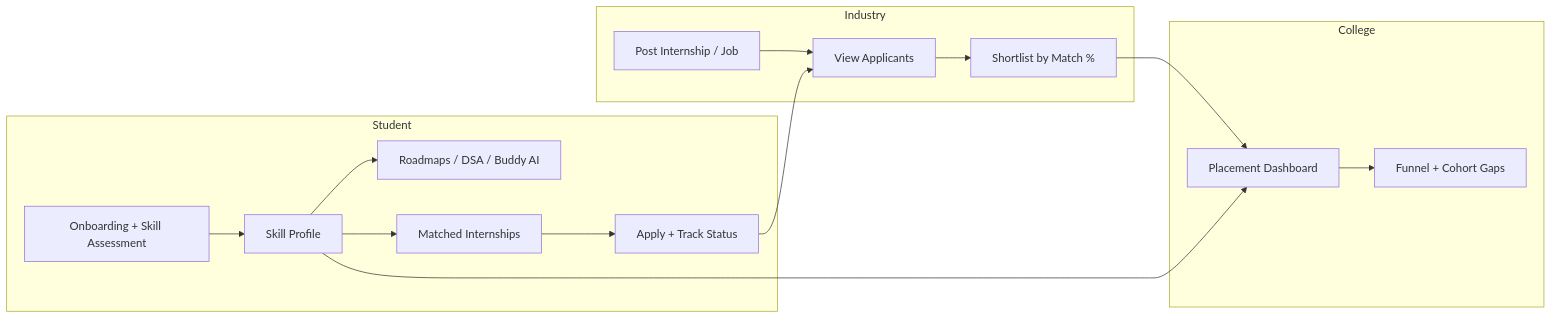
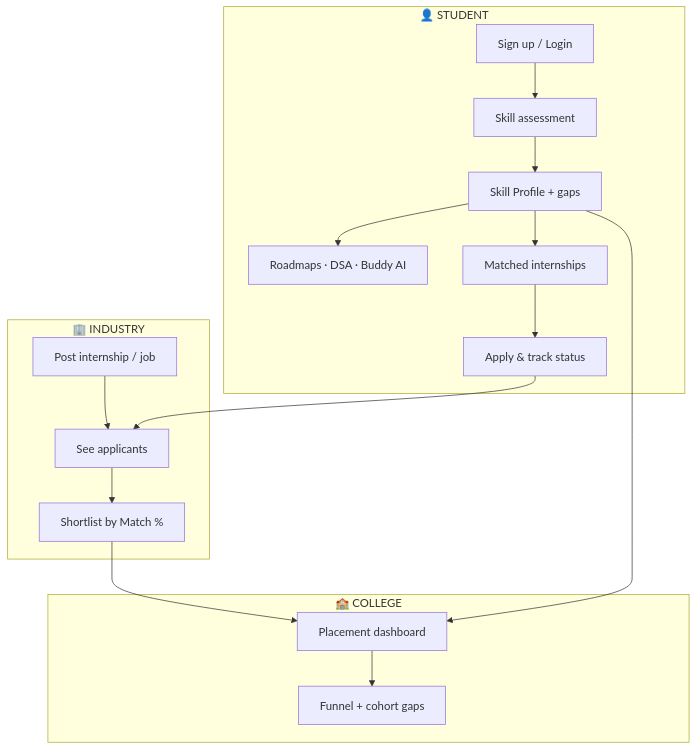
The first of 5 diagrams in README.md (Deepesh-22/eduroute), drawn with Mermaid before and after one commit. The commit also changed other lines of this file, not shown here.

````diff
--- a/README.md
+++ b/README.md
@@ -34,20 +50,23 @@
 ```mermaid
-flowchart LR
-  subgraph Student
-    A[Onboarding + Skill Assessment] --> B[Skill Profile]
-    B --> C[Roadmaps / DSA / Buddy AI]
-    B --> D[Matched Internships]
-    D --> E[Apply + Track Status]
+flowchart TB
+  subgraph S["👤 STUDENT"]
+    S1[Sign up / Login] --> S2[Skill assessment]
+    S2 --> S3[Skill Profile + gaps]
+    S3 --> S4[Roadmaps · DSA · Buddy AI]
+    S3 --> S5[Matched internships]
+    S5 --> S6[Apply & track status]
   end
-  subgraph Industry
-    F[Post Internship / Job] --> G[View Applicants]
-    G --> H[Shortlist by Match %]
+
+  subgraph I["🏢 INDUSTRY"]
+    I1[Post internship / job] --> I2[See applicants]
+    I2 --> I3[Shortlist by Match %]
   end
-  subgraph College
-    I[Placement Dashboard]
-    I --> J[Funnel + Cohort Gaps]
+
+  subgraph C["🏫 COLLEGE"]
+    C1[Placement dashboard] --> C2[Funnel + cohort gaps]
   end
-  E --> G
-  H --> I
-  B --> I
+
+  S6 --> I2
+  I3 --> C1
+  S3 --> C1
 ```
````
